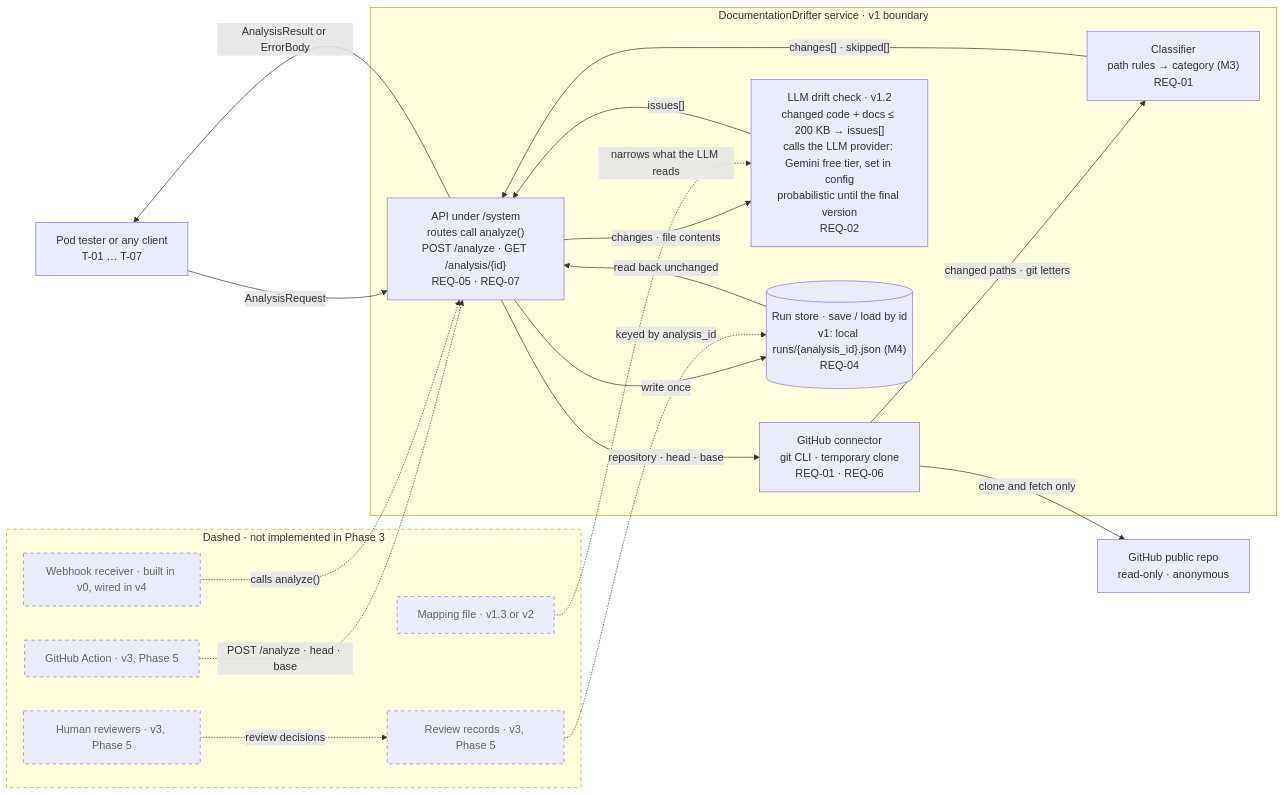
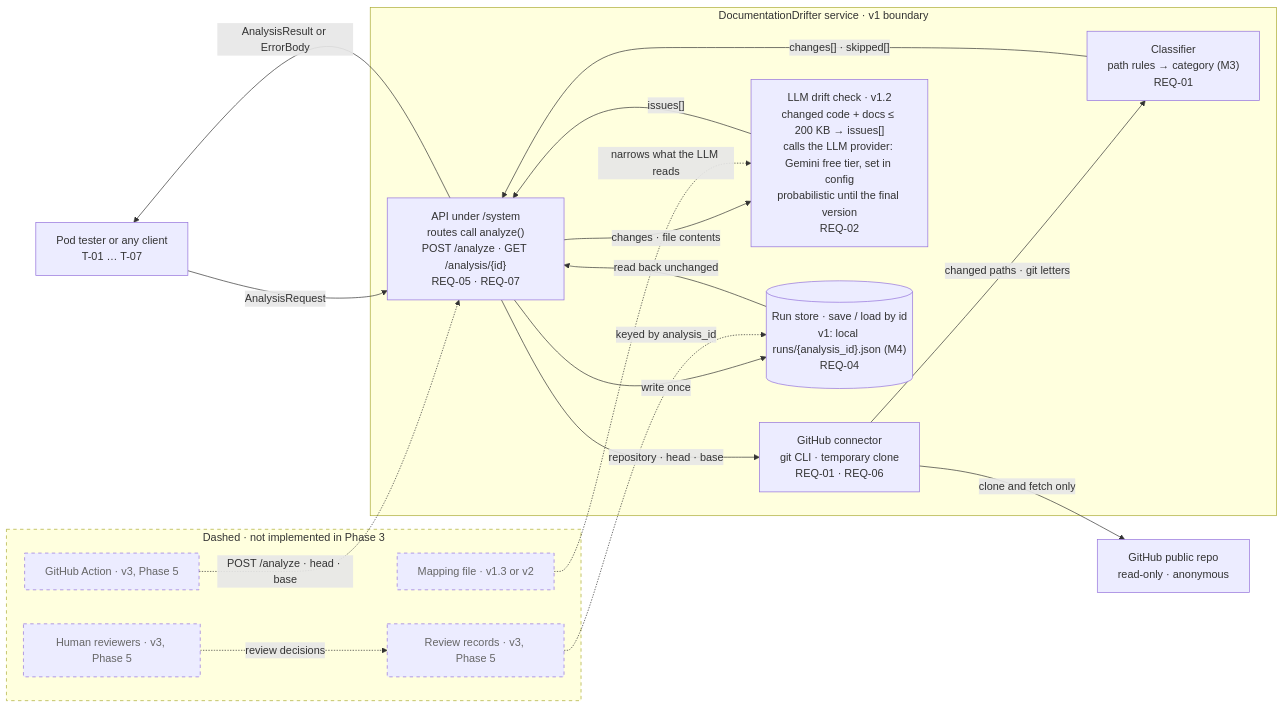
One commit to BarshanB/DocumentationDrifter changed the diagram in docs/Models/v1/M1-context.md. Above: the diagram before and after it, drawn with Mermaid. The commit also changed other lines of this file and 34 other files, not shown here.

First line of the commit message:
Settle ticket 12, finish ticket 16 and drop the v0 webhook code

````diff
--- a/docs/Models/v1/M1-context.md
+++ b/docs/Models/v1/M1-context.md
@@ -5,46 +5,44 @@
 ```mermaid
 flowchart LR
   accTitle: M1 v1 context and data flow
-  accDescr: A client sends an AnalysisRequest to the v1 API, whose routes call analyze(). It asks the GitHub connector to clone the public repo read-only, the classifier turns changed paths into changes and skipped lists, and from v1.2 an LLM drift check sends the changed code and the doc files to an external LLM provider and fills issues. One run file is saved through the run store and returned. Dashed parts are not implemented in Phase 3: the GitHub Action and the webhook reach analyze() as later callers, the mapping file arrives in v1.3 or v2, and review decisions go to separate review records.
+  accDescr: A client sends an AnalysisRequest to the v1 API, whose routes call analyze(). It asks the GitHub connector to clone the public repo read-only, the classifier turns changed paths into changes and skipped lists, and from v1.2 an LLM drift check sends the changed code and the doc files to an external LLM provider and fills issues. One run file is saved through the run store and returned. Dashed parts are not implemented in Phase 3: the GitHub Action reaches analyze() as a later caller, the mapping file arrives in v1.3 or v2, and review decisions go to separate review records.
 
   Client["Pod tester or any client<br/>T-01 … T-07"]
 
   subgraph V1["DocumentationDrifter service · v1 boundary"]
     API["API under /system<br/>routes call analyze()<br/>POST /analyze · GET /analysis/{id}<br/>REQ-05 · REQ-07"]
     CONN["GitHub connector<br/>git CLI · temporary clone<br/>REQ-01 · REQ-06"]
     CLS["Classifier<br/>path rules → category (M3)<br/>REQ-01"]
     LLM["LLM drift check · v1.2<br/>changed code + docs ≤ 200 KB → issues[]<br/>calls the LLM provider: Gemini free tier, set in config<br/>probabilistic until the final version<br/>REQ-02"]
     STORE[("Run store · save / load by id<br/>v1: local runs/{analysis_id}.json (M4)<br/>REQ-04")]
   end
 
   GH["GitHub public repo<br/>read-only · anonymous"]
 
   Client -->|"AnalysisRequest"| API
   API -->|"AnalysisResult or ErrorBody"| Client
   API -->|"repository · head · base"| CONN
   CONN -->|"clone and fetch only"| GH
   CONN -->|"changed paths · git letters"| CLS
   CLS -->|"changes[] · skipped[]"| API
   API -->|"changes · file contents"| LLM
   LLM -->|"issues[]"| API
   API -->|"write once"| STORE
   STORE -->|"read back unchanged"| API
 
   subgraph LATER["Dashed · not implemented in Phase 3"]
     ACT["GitHub Action · v3, Phase 5"]
-    HOOK["Webhook receiver · built in v0, wired in v4"]
     DET["Mapping file · v1.3 or v2"]
     REV["Human reviewers · v3, Phase 5"]
     REVREC["Review records · v3, Phase 5"]
   end
 
   ACT -.->|"POST /analyze · head · base"| API
-  HOOK -.->|"calls analyze()"| API
   DET -.->|"narrows what the LLM reads"| LLM
   REV -.->|"review decisions"| REVREC
   REVREC -.->|"keyed by analysis_id"| STORE
 
   classDef later stroke-dasharray: 5 5,color:#666
-  class ACT,HOOK,DET,REV,REVREC later
+  class ACT,DET,REV,REVREC later
   style LATER stroke-dasharray: 5 5
 ```
````
